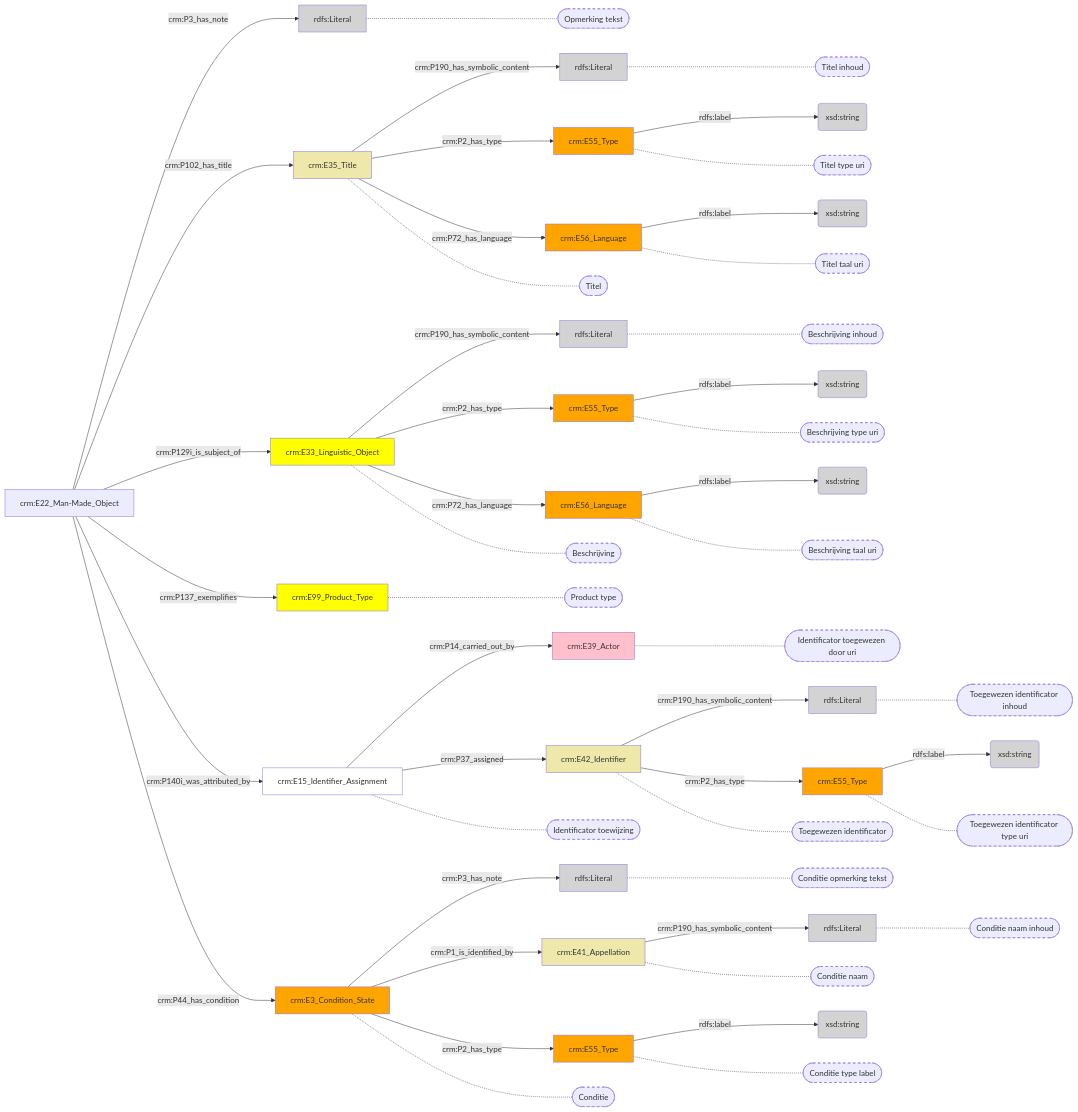
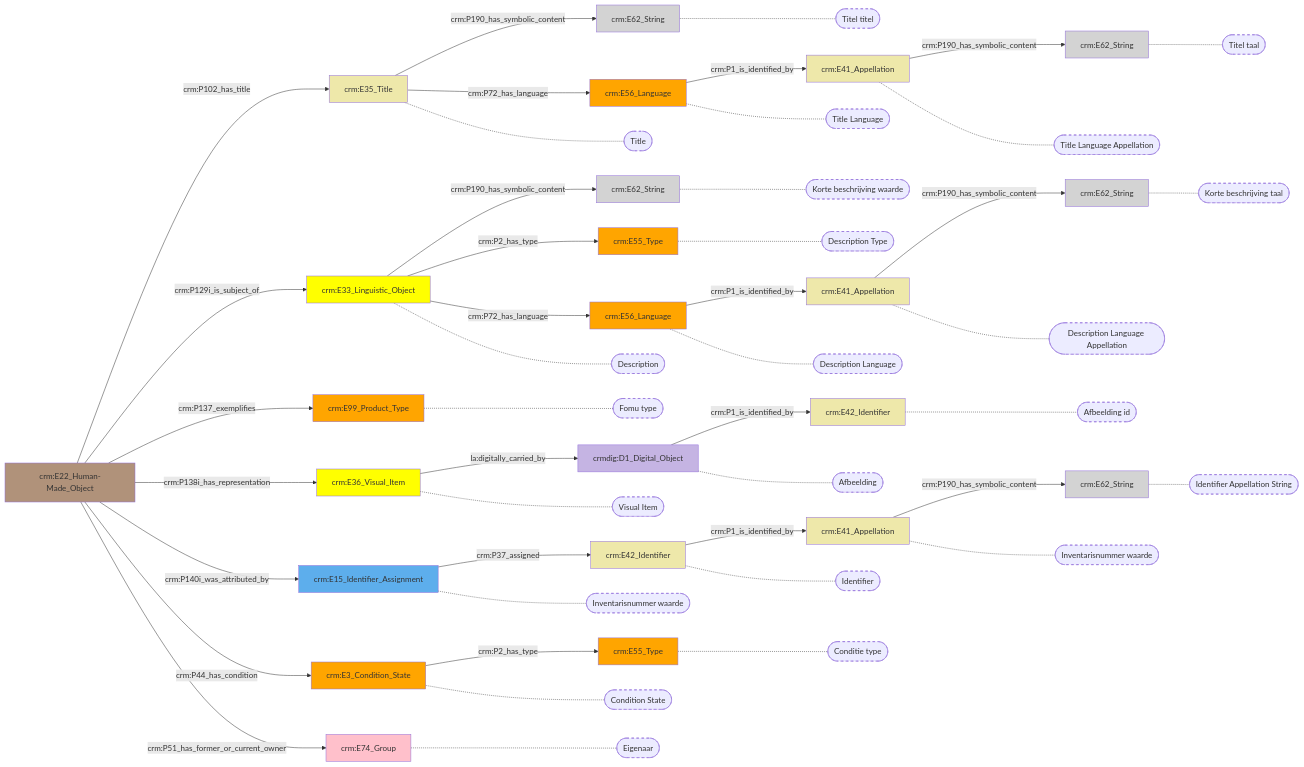
The diagram in docs/content/modellen/ProductInstance.md (digipolisantwerpdocumentation/antwerp-cultureel-erfgoed), drawn with Mermaid before and after one commit. The commit also changed 173 other files, not shown here.

````diff
--- a/docs/content/modellen/ProductInstance.md
+++ b/docs/content/modellen/ProductInstance.md
@@ -1,95 +1,92 @@
 ```mermaid
 graph LR
-1ad0637c-56bc-11ee-bc5c-00163e71351b["crm:E35_Title"]-->|"crm:P190_has_symbolic_content"|1ad06840-56bc-11ee-bc5c-00163e71351b(rdfs:Literal)
-1ad0670a-56bc-11ee-bc5c-00163e71351b["crm:E55_Type"]-->|"rdfs:label"|1ad06af2-56bc-11ee-bc5c-00163e71351b(xsd:string)
-1ad06a16-56bc-11ee-bc5c-00163e71351b["crm:E56_Language"]-->|"rdfs:label"|1ad06930-56bc-11ee-bc5c-00163e71351b(xsd:string)
-2a29bfd2-5232-11ee-b0c4-00163e71351b["crm:E33_Linguistic_Object"]-->|"crm:P190_has_symbolic_content"|2a29c3a6-5232-11ee-b0c4-00163e71351b(rdfs:Literal)
-2a29c5d6-5232-11ee-b0c4-00163e71351b["crm:E55_Type"]-->|"rdfs:label"|2a29c4dc-5232-11ee-b0c4-00163e71351b(xsd:string)
-2a29c7a2-5232-11ee-b0c4-00163e71351b["crm:E56_Language"]-->|"rdfs:label"|2a29c6bc-5232-11ee-b0c4-00163e71351b(xsd:string)
-44f467c6-5233-11ee-a9ac-00163e71351b["crm:E42_Identifier"]-->|"crm:P190_has_symbolic_content"|44f46d84-5233-11ee-a9ac-00163e71351b(rdfs:Literal)
-44f46bd6-5233-11ee-a9ac-00163e71351b["crm:E55_Type"]-->|"rdfs:label"|44f46eec-5233-11ee-a9ac-00163e71351b(xsd:string)
-9503f17e-4729-11ee-974d-00163e71351b["crm:E22_Man-Made_Object"]-->|"crm:P3_has_note"|dac07a32-47d5-11ee-a9ac-00163e71351b(rdfs:Literal)
-f88a7f5a-472a-11ee-b0c4-00163e71351b["crm:E3_Condition_State"]-->|"crm:P3_has_note"|f88a855e-472a-11ee-b0c4-00163e71351b(rdfs:Literal)
-f88a8338-472a-11ee-b0c4-00163e71351b["crm:E55_Type"]-->|"rdfs:label"|f88a8464-472a-11ee-b0c4-00163e71351b(xsd:string)
-fad11fd2-47d2-11ee-a9ac-00163e71351b["crm:E41_Appellation"]-->|"crm:P190_has_symbolic_content"|fad1239c-47d2-11ee-a9ac-00163e71351b(rdfs:Literal)
-1ad0637c-56bc-11ee-bc5c-00163e71351b["crm:E35_Title"]-->|"crm:P2_has_type"|1ad0670a-56bc-11ee-bc5c-00163e71351b["crm:E55_Type"]
+1ad0637c-56bc-11ee-bc5c-00163e71351b["crm:E35_Title"]-->|"crm:P190_has_symbolic_content"|1ad06840-56bc-11ee-bc5c-00163e71351b["crm:E62_String"]
 1ad0637c-56bc-11ee-bc5c-00163e71351b["crm:E35_Title"]-->|"crm:P72_has_language"|1ad06a16-56bc-11ee-bc5c-00163e71351b["crm:E56_Language"]
+1ad06a16-56bc-11ee-bc5c-00163e71351b["crm:E56_Language"]-->|"crm:P1_is_identified_by"|7b1cfbc4-e75e-11ee-b435-960002548b4f["crm:E41_Appellation"]
+2a29bfd2-5232-11ee-b0c4-00163e71351b["crm:E33_Linguistic_Object"]-->|"crm:P190_has_symbolic_content"|2a29c3a6-5232-11ee-b0c4-00163e71351b["crm:E62_String"]
 2a29bfd2-5232-11ee-b0c4-00163e71351b["crm:E33_Linguistic_Object"]-->|"crm:P2_has_type"|2a29c5d6-5232-11ee-b0c4-00163e71351b["crm:E55_Type"]
 2a29bfd2-5232-11ee-b0c4-00163e71351b["crm:E33_Linguistic_Object"]-->|"crm:P72_has_language"|2a29c7a2-5232-11ee-b0c4-00163e71351b["crm:E56_Language"]
-44f46230-5233-11ee-a9ac-00163e71351b["crm:E15_Identifier_Assignment"]-->|"crm:P14_carried_out_by"|44f4704a-5233-11ee-a9ac-00163e71351b["crm:E39_Actor"]
+2a29c6bc-5232-11ee-b0c4-00163e71351b["crm:E41_Appellation"]-->|"crm:P190_has_symbolic_content"|d175ee0c-e75e-11ee-a4d8-960002548b4f["crm:E62_String"]
+2a29c7a2-5232-11ee-b0c4-00163e71351b["crm:E56_Language"]-->|"crm:P1_is_identified_by"|2a29c6bc-5232-11ee-b0c4-00163e71351b["crm:E41_Appellation"]
+3fadcc61-dc8c-11ee-805e-960002548b4f["crm:E36_Visual_Item"]-->|"la:digitally_carried_by"|593ad4e5-dc8c-11ee-b808-960002548b4f["crmdig:D1_Digital_Object"]
 44f46230-5233-11ee-a9ac-00163e71351b["crm:E15_Identifier_Assignment"]-->|"crm:P37_assigned"|44f467c6-5233-11ee-a9ac-00163e71351b["crm:E42_Identifier"]
-44f467c6-5233-11ee-a9ac-00163e71351b["crm:E42_Identifier"]-->|"crm:P2_has_type"|44f46bd6-5233-11ee-a9ac-00163e71351b["crm:E55_Type"]
-9503f17e-4729-11ee-974d-00163e71351b["crm:E22_Man-Made_Object"]-->|"crm:P102_has_title"|1ad0637c-56bc-11ee-bc5c-00163e71351b["crm:E35_Title"]
-9503f17e-4729-11ee-974d-00163e71351b["crm:E22_Man-Made_Object"]-->|"crm:P129i_is_subject_of"|2a29bfd2-5232-11ee-b0c4-00163e71351b["crm:E33_Linguistic_Object"]
-9503f17e-4729-11ee-974d-00163e71351b["crm:E22_Man-Made_Object"]-->|"crm:P137_exemplifies"|5b5c4a00-472b-11ee-a9ac-00163e71351b["crm:E99_Product_Type"]
-9503f17e-4729-11ee-974d-00163e71351b["crm:E22_Man-Made_Object"]-->|"crm:P140i_was_attributed_by"|44f46230-5233-11ee-a9ac-00163e71351b["crm:E15_Identifier_Assignment"]
-9503f17e-4729-11ee-974d-00163e71351b["crm:E22_Man-Made_Object"]-->|"crm:P44_has_condition"|f88a7f5a-472a-11ee-b0c4-00163e71351b["crm:E3_Condition_State"]
-f88a7f5a-472a-11ee-b0c4-00163e71351b["crm:E3_Condition_State"]-->|"crm:P1_is_identified_by"|fad11fd2-47d2-11ee-a9ac-00163e71351b["crm:E41_Appellation"]
+44f467c6-5233-11ee-a9ac-00163e71351b["crm:E42_Identifier"]-->|"crm:P1_is_identified_by"|44f46d84-5233-11ee-a9ac-00163e71351b["crm:E41_Appellation"]
+44f46d84-5233-11ee-a9ac-00163e71351b["crm:E41_Appellation"]-->|"crm:P190_has_symbolic_content"|e76d72bf-e75e-11ee-8833-960002548b4f["crm:E62_String"]
+593ad4e5-dc8c-11ee-b808-960002548b4f["crmdig:D1_Digital_Object"]-->|"crm:P1_is_identified_by"|5352fb4b-e75f-11ee-ba57-960002548b4f["crm:E42_Identifier"]
+7b1cfbc4-e75e-11ee-b435-960002548b4f["crm:E41_Appellation"]-->|"crm:P190_has_symbolic_content"|8458adf8-e75f-11ee-969d-960002548b4f["crm:E62_String"]
+9503f17e-4729-11ee-974d-00163e71351b["crm:E22_Human-Made_Object"]-->|"crm:P102_has_title"|1ad0637c-56bc-11ee-bc5c-00163e71351b["crm:E35_Title"]
+9503f17e-4729-11ee-974d-00163e71351b["crm:E22_Human-Made_Object"]-->|"crm:P129i_is_subject_of"|2a29bfd2-5232-11ee-b0c4-00163e71351b["crm:E33_Linguistic_Object"]
+9503f17e-4729-11ee-974d-00163e71351b["crm:E22_Human-Made_Object"]-->|"crm:P137_exemplifies"|5b5c4a00-472b-11ee-a9ac-00163e71351b["crm:E99_Product_Type"]
+9503f17e-4729-11ee-974d-00163e71351b["crm:E22_Human-Made_Object"]-->|"crm:P138i_has_representation"|3fadcc61-dc8c-11ee-805e-960002548b4f["crm:E36_Visual_Item"]
+9503f17e-4729-11ee-974d-00163e71351b["crm:E22_Human-Made_Object"]-->|"crm:P140i_was_attributed_by"|44f46230-5233-11ee-a9ac-00163e71351b["crm:E15_Identifier_Assignment"]
+9503f17e-4729-11ee-974d-00163e71351b["crm:E22_Human-Made_Object"]-->|"crm:P44_has_condition"|f88a7f5a-472a-11ee-b0c4-00163e71351b["crm:E3_Condition_State"]
+9503f17e-4729-11ee-974d-00163e71351b["crm:E22_Human-Made_Object"]-->|"crm:P51_has_former_or_current_owner"|9b72f879-dc8c-11ee-a8f1-960002548b4f["crm:E74_Group"]
 f88a7f5a-472a-11ee-b0c4-00163e71351b["crm:E3_Condition_State"]-->|"crm:P2_has_type"|f88a8338-472a-11ee-b0c4-00163e71351b["crm:E55_Type"]
 style 1ad06840-56bc-11ee-bc5c-00163e71351b_s stroke-dasharray: 5
-style 1ad0670a-56bc-11ee-bc5c-00163e71351b_s stroke-dasharray: 5
 style 1ad06a16-56bc-11ee-bc5c-00163e71351b_s stroke-dasharray: 5
+style 7b1cfbc4-e75e-11ee-b435-960002548b4f_s stroke-dasharray: 5
 style 2a29c3a6-5232-11ee-b0c4-00163e71351b_s stroke-dasharray: 5
 style 2a29c5d6-5232-11ee-b0c4-00163e71351b_s stroke-dasharray: 5
 style 2a29c7a2-5232-11ee-b0c4-00163e71351b_s stroke-dasharray: 5
-style 44f4704a-5233-11ee-a9ac-00163e71351b_s stroke-dasharray: 5
+style d175ee0c-e75e-11ee-a4d8-960002548b4f_s stroke-dasharray: 5
+style 2a29c6bc-5232-11ee-b0c4-00163e71351b_s stroke-dasharray: 5
+style 593ad4e5-dc8c-11ee-b808-960002548b4f_s stroke-dasharray: 5
 style 44f467c6-5233-11ee-a9ac-00163e71351b_s stroke-dasharray: 5
 style 44f46d84-5233-11ee-a9ac-00163e71351b_s stroke-dasharray: 5
-style 44f46bd6-5233-11ee-a9ac-00163e71351b_s stroke-dasharray: 5
+style e76d72bf-e75e-11ee-8833-960002548b4f_s stroke-dasharray: 5
+style 5352fb4b-e75f-11ee-ba57-960002548b4f_s stroke-dasharray: 5
+style 8458adf8-e75f-11ee-969d-960002548b4f_s stroke-dasharray: 5
 style 1ad0637c-56bc-11ee-bc5c-00163e71351b_s stroke-dasharray: 5
 style 2a29bfd2-5232-11ee-b0c4-00163e71351b_s stroke-dasharray: 5
 style 5b5c4a00-472b-11ee-a9ac-00163e71351b_s stroke-dasharray: 5
+style 3fadcc61-dc8c-11ee-805e-960002548b4f_s stroke-dasharray: 5
 style 44f46230-5233-11ee-a9ac-00163e71351b_s stroke-dasharray: 5
-style dac07a32-47d5-11ee-a9ac-00163e71351b_s stroke-dasharray: 5
 style f88a7f5a-472a-11ee-b0c4-00163e71351b_s stroke-dasharray: 5
-style fad11fd2-47d2-11ee-a9ac-00163e71351b_s stroke-dasharray: 5
+style 9b72f879-dc8c-11ee-a8f1-960002548b4f_s stroke-dasharray: 5
 style f88a8338-472a-11ee-b0c4-00163e71351b_s stroke-dasharray: 5
-style f88a855e-472a-11ee-b0c4-00163e71351b_s stroke-dasharray: 5
-style fad1239c-47d2-11ee-a9ac-00163e71351b_s stroke-dasharray: 5
-1ad06840-56bc-11ee-bc5c-00163e71351b["rdfs:Literal"]-.-1ad06840-56bc-11ee-bc5c-00163e71351b_s(["Titel inhoud"])
-1ad0670a-56bc-11ee-bc5c-00163e71351b["crm:E55_Type"]-.-1ad0670a-56bc-11ee-bc5c-00163e71351b_s(["Titel type uri"])
-1ad06a16-56bc-11ee-bc5c-00163e71351b["crm:E56_Language"]-.-1ad06a16-56bc-11ee-bc5c-00163e71351b_s(["Titel taal uri"])
-2a29c3a6-5232-11ee-b0c4-00163e71351b["rdfs:Literal"]-.-2a29c3a6-5232-11ee-b0c4-00163e71351b_s(["Beschrijving inhoud"])
-2a29c5d6-5232-11ee-b0c4-00163e71351b["crm:E55_Type"]-.-2a29c5d6-5232-11ee-b0c4-00163e71351b_s(["Beschrijving type uri"])
-2a29c7a2-5232-11ee-b0c4-00163e71351b["crm:E56_Language"]-.-2a29c7a2-5232-11ee-b0c4-00163e71351b_s(["Beschrijving taal uri"])
-44f4704a-5233-11ee-a9ac-00163e71351b["crm:E39_Actor"]-.-44f4704a-5233-11ee-a9ac-00163e71351b_s(["Identificator toegewezen door uri"])
-44f467c6-5233-11ee-a9ac-00163e71351b["crm:E42_Identifier"]-.-44f467c6-5233-11ee-a9ac-00163e71351b_s(["Toegewezen identificator"])
-44f46d84-5233-11ee-a9ac-00163e71351b["rdfs:Literal"]-.-44f46d84-5233-11ee-a9ac-00163e71351b_s(["Toegewezen identificator inhoud"])
-44f46bd6-5233-11ee-a9ac-00163e71351b["crm:E55_Type"]-.-44f46bd6-5233-11ee-a9ac-00163e71351b_s(["Toegewezen identificator type uri"])
-1ad0637c-56bc-11ee-bc5c-00163e71351b["crm:E35_Title"]-.-1ad0637c-56bc-11ee-bc5c-00163e71351b_s(["Titel"])
-2a29bfd2-5232-11ee-b0c4-00163e71351b["crm:E33_Linguistic_Object"]-.-2a29bfd2-5232-11ee-b0c4-00163e71351b_s(["Beschrijving"])
-5b5c4a00-472b-11ee-a9ac-00163e71351b["crm:E99_Product_Type"]-.-5b5c4a00-472b-11ee-a9ac-00163e71351b_s(["Product type"])
-44f46230-5233-11ee-a9ac-00163e71351b["crm:E15_Identifier_Assignment"]-.-44f46230-5233-11ee-a9ac-00163e71351b_s(["Identificator toewijzing"])
-dac07a32-47d5-11ee-a9ac-00163e71351b["rdfs:Literal"]-.-dac07a32-47d5-11ee-a9ac-00163e71351b_s(["Opmerking tekst"])
-f88a7f5a-472a-11ee-b0c4-00163e71351b["crm:E3_Condition_State"]-.-f88a7f5a-472a-11ee-b0c4-00163e71351b_s(["Conditie"])
-fad11fd2-47d2-11ee-a9ac-00163e71351b["crm:E41_Appellation"]-.-fad11fd2-47d2-11ee-a9ac-00163e71351b_s(["Conditie naam"])
-f88a8338-472a-11ee-b0c4-00163e71351b["crm:E55_Type"]-.-f88a8338-472a-11ee-b0c4-00163e71351b_s(["Conditie type label"])
-f88a855e-472a-11ee-b0c4-00163e71351b["rdfs:Literal"]-.-f88a855e-472a-11ee-b0c4-00163e71351b_s(["Conditie opmerking tekst"])
-fad1239c-47d2-11ee-a9ac-00163e71351b["rdfs:Literal"]-.-fad1239c-47d2-11ee-a9ac-00163e71351b_s(["Conditie naam inhoud"])
+1ad06840-56bc-11ee-bc5c-00163e71351b["crm:E62_String"]-.-1ad06840-56bc-11ee-bc5c-00163e71351b_s(["Titel titel"])
+1ad06a16-56bc-11ee-bc5c-00163e71351b["crm:E56_Language"]-.-1ad06a16-56bc-11ee-bc5c-00163e71351b_s(["Title Language"])
+7b1cfbc4-e75e-11ee-b435-960002548b4f["crm:E41_Appellation"]-.-7b1cfbc4-e75e-11ee-b435-960002548b4f_s(["Title Language Appellation"])
+2a29c3a6-5232-11ee-b0c4-00163e71351b["crm:E62_String"]-.-2a29c3a6-5232-11ee-b0c4-00163e71351b_s(["Korte beschrijving waarde"])
+2a29c5d6-5232-11ee-b0c4-00163e71351b["crm:E55_Type"]-.-2a29c5d6-5232-11ee-b0c4-00163e71351b_s(["Description Type"])
+2a29c7a2-5232-11ee-b0c4-00163e71351b["crm:E56_Language"]-.-2a29c7a2-5232-11ee-b0c4-00163e71351b_s(["Description Language"])
+d175ee0c-e75e-11ee-a4d8-960002548b4f["crm:E62_String"]-.-d175ee0c-e75e-11ee-a4d8-960002548b4f_s(["Korte beschrijving taal"])
+2a29c6bc-5232-11ee-b0c4-00163e71351b["crm:E41_Appellation"]-.-2a29c6bc-5232-11ee-b0c4-00163e71351b_s(["Description Language Appellation"])
+593ad4e5-dc8c-11ee-b808-960002548b4f["crmdig:D1_Digital_Object"]-.-593ad4e5-dc8c-11ee-b808-960002548b4f_s(["Afbeelding"])
+44f467c6-5233-11ee-a9ac-00163e71351b["crm:E42_Identifier"]-.-44f467c6-5233-11ee-a9ac-00163e71351b_s(["Identifier"])
+44f46d84-5233-11ee-a9ac-00163e71351b["crm:E41_Appellation"]-.-44f46d84-5233-11ee-a9ac-00163e71351b_s(["Inventarisnummer waarde"])
+e76d72bf-e75e-11ee-8833-960002548b4f["crm:E62_String"]-.-e76d72bf-e75e-11ee-8833-960002548b4f_s(["Identifier Appellation String"])
+5352fb4b-e75f-11ee-ba57-960002548b4f["crm:E42_Identifier"]-.-5352fb4b-e75f-11ee-ba57-960002548b4f_s(["Afbeelding id"])
+8458adf8-e75f-11ee-969d-960002548b4f["crm:E62_String"]-.-8458adf8-e75f-11ee-969d-960002548b4f_s(["Titel taal"])
+1ad0637c-56bc-11ee-bc5c-00163e71351b["crm:E35_Title"]-.-1ad0637c-56bc-11ee-bc5c-00163e71351b_s(["Title"])
+2a29bfd2-5232-11ee-b0c4-00163e71351b["crm:E33_Linguistic_Object"]-.-2a29bfd2-5232-11ee-b0c4-00163e71351b_s(["Description"])
+5b5c4a00-472b-11ee-a9ac-00163e71351b["crm:E99_Product_Type"]-.-5b5c4a00-472b-11ee-a9ac-00163e71351b_s(["Fomu type"])
+3fadcc61-dc8c-11ee-805e-960002548b4f["crm:E36_Visual_Item"]-.-3fadcc61-dc8c-11ee-805e-960002548b4f_s(["Visual Item"])
+44f46230-5233-11ee-a9ac-00163e71351b["crm:E15_Identifier_Assignment"]-.-44f46230-5233-11ee-a9ac-00163e71351b_s(["Inventarisnummer waarde"])
+f88a7f5a-472a-11ee-b0c4-00163e71351b["crm:E3_Condition_State"]-.-f88a7f5a-472a-11ee-b0c4-00163e71351b_s(["Condition State"])
+9b72f879-dc8c-11ee-a8f1-960002548b4f["crm:E74_Group"]-.-9b72f879-dc8c-11ee-a8f1-960002548b4f_s(["Eigenaar"])
+f88a8338-472a-11ee-b0c4-00163e71351b["crm:E55_Type"]-.-f88a8338-472a-11ee-b0c4-00163e71351b_s(["Conditie type"])
 style 1ad0637c-56bc-11ee-bc5c-00163e71351b fill:#EEE8AA
-style 1ad0670a-56bc-11ee-bc5c-00163e71351b fill:#ffa500
 style 1ad06840-56bc-11ee-bc5c-00163e71351b fill:#D3D3D3
-style 1ad06930-56bc-11ee-bc5c-00163e71351b fill:#D3D3D3
 style 1ad06a16-56bc-11ee-bc5c-00163e71351b fill:#ffa500
-style 1ad06af2-56bc-11ee-bc5c-00163e71351b fill:#D3D3D3
 style 2a29bfd2-5232-11ee-b0c4-00163e71351b fill:#ffff00
 style 2a29c3a6-5232-11ee-b0c4-00163e71351b fill:#D3D3D3
-style 2a29c4dc-5232-11ee-b0c4-00163e71351b fill:#D3D3D3
 style 2a29c5d6-5232-11ee-b0c4-00163e71351b fill:#ffa500
-style 2a29c6bc-5232-11ee-b0c4-00163e71351b fill:#D3D3D3
+style 2a29c6bc-5232-11ee-b0c4-00163e71351b fill:#EEE8AA
 style 2a29c7a2-5232-11ee-b0c4-00163e71351b fill:#ffa500
-style 44f46230-5233-11ee-a9ac-00163e71351b fill:#ffffff
+style 3fadcc61-dc8c-11ee-805e-960002548b4f fill:#ffff00
+style 44f46230-5233-11ee-a9ac-00163e71351b fill:#5DAEEC
 style 44f467c6-5233-11ee-a9ac-00163e71351b fill:#EEE8AA
-style 44f46bd6-5233-11ee-a9ac-00163e71351b fill:#ffa500
-style 44f46d84-5233-11ee-a9ac-00163e71351b fill:#D3D3D3
-style 44f46eec-5233-11ee-a9ac-00163e71351b fill:#D3D3D3
-style 44f4704a-5233-11ee-a9ac-00163e71351b fill:#ffc0cb
-style 5b5c4a00-472b-11ee-a9ac-00163e71351b fill:#ffff00
-style dac07a32-47d5-11ee-a9ac-00163e71351b fill:#D3D3D3
+style 44f46d84-5233-11ee-a9ac-00163e71351b fill:#EEE8AA
+style 5352fb4b-e75f-11ee-ba57-960002548b4f fill:#EEE8AA
+style 593ad4e5-dc8c-11ee-b808-960002548b4f fill:#C5B4E3
+style 5b5c4a00-472b-11ee-a9ac-00163e71351b fill:#ffa500
+style 7b1cfbc4-e75e-11ee-b435-960002548b4f fill:#EEE8AA
+style 8458adf8-e75f-11ee-969d-960002548b4f fill:#D3D3D3
+style 9503f17e-4729-11ee-974d-00163e71351b fill:#B0927A
+style 9b72f879-dc8c-11ee-a8f1-960002548b4f fill:#ffc0cb
+style d175ee0c-e75e-11ee-a4d8-960002548b4f fill:#D3D3D3
+style e76d72bf-e75e-11ee-8833-960002548b4f fill:#D3D3D3
 style f88a7f5a-472a-11ee-b0c4-00163e71351b fill:#ffa500
 style f88a8338-472a-11ee-b0c4-00163e71351b fill:#ffa500
-style f88a8464-472a-11ee-b0c4-00163e71351b fill:#D3D3D3
-style f88a855e-472a-11ee-b0c4-00163e71351b fill:#D3D3D3
-style fad11fd2-47d2-11ee-a9ac-00163e71351b fill:#EEE8AA
-style fad1239c-47d2-11ee-a9ac-00163e71351b fill:#D3D3D3
 ```
````
